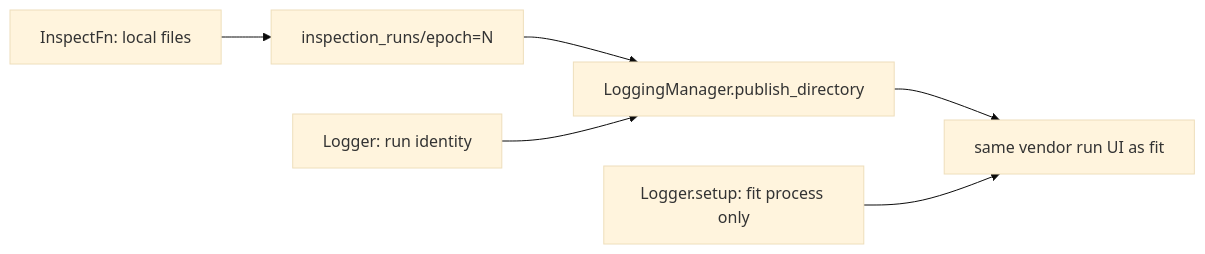
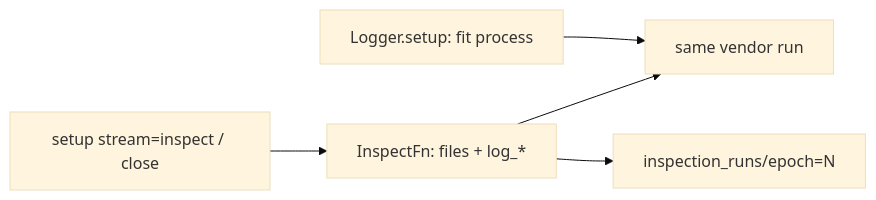
The diagram in standards/exp_mng_engine/inspect/publish.md (ayhem18/dl_toolbox), drawn with Mermaid (base theme) before and after one commit. The commit also changed other lines of this file and 30 other files, not shown here.

Commit message:
logging for inspection and fit synchronized

````diff
--- a/standards/exp_mng_engine/inspect/publish.md
+++ b/standards/exp_mng_engine/inspect/publish.md
@@ -18,8 +16,7 @@
 ```mermaid
 flowchart LR
-  fn["InspectFn: local files"] --> commit["inspection_runs/epoch=N"]
-  commit --> pub["LoggingManager.publish_directory"]
-  pub --> ui["same vendor run UI as fit"]
-  logger["Logger: run identity"] --> pub
-  fit["Logger.setup: fit process only"] --> ui
+  fn["InspectFn: files + log_*"] --> ui["same vendor run"]
+  fn --> disk["inspection_runs/epoch=N"]
+  engine["setup stream=inspect / close"] --> fn
+  fit["Logger.setup: fit process"] --> ui
 ```
````
